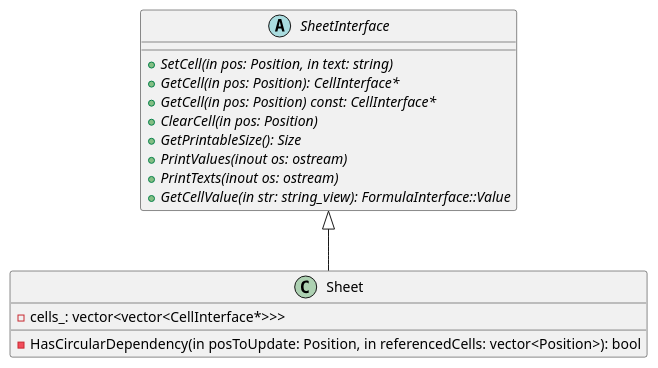
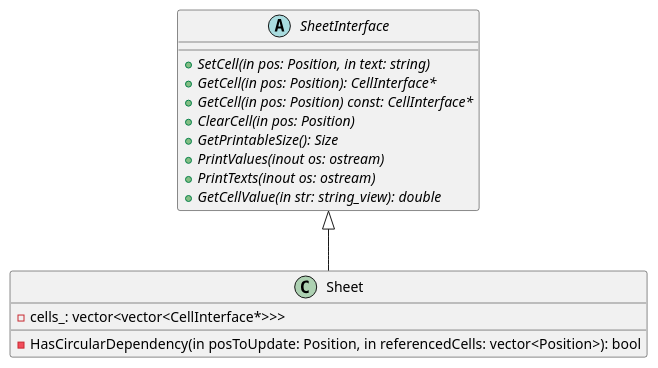
Before and after one commit to kazarynau/YandexPraktikumFinal: the diagram in uml/sheet.puml, drawn with PlantUML. The commit also changed 7 other files, not shown here.

Commit message:
GetCellValue callback returns double

```diff
--- a/uml/sheet.puml
+++ b/uml/sheet.puml
@@ -2,21 +2,21 @@
 @startuml
 
 abstract class SheetInterface {
     +{abstract} SetCell(in pos: Position, in text: string)
     +{abstract} GetCell(in pos: Position): CellInterface*
     +{abstract} GetCell(in pos: Position) const: CellInterface*
     +{abstract} ClearCell(in pos: Position)
     +{abstract} GetPrintableSize(): Size
     +{abstract} PrintValues(inout os: ostream)
     +{abstract} PrintTexts(inout os: ostream)
-    +{abstract} GetCellValue(in str: string_view): FormulaInterface::Value
+    +{abstract} GetCellValue(in str: string_view): double
 }
 
 class Sheet {
     -cells_: vector<vector<CellInterface*>>>
     -HasCircularDependency(in posToUpdate: Position, in referencedCells: vector<Position>): bool
 }
 
 class Sheet extends SheetInterface
 
 @enduml
```
